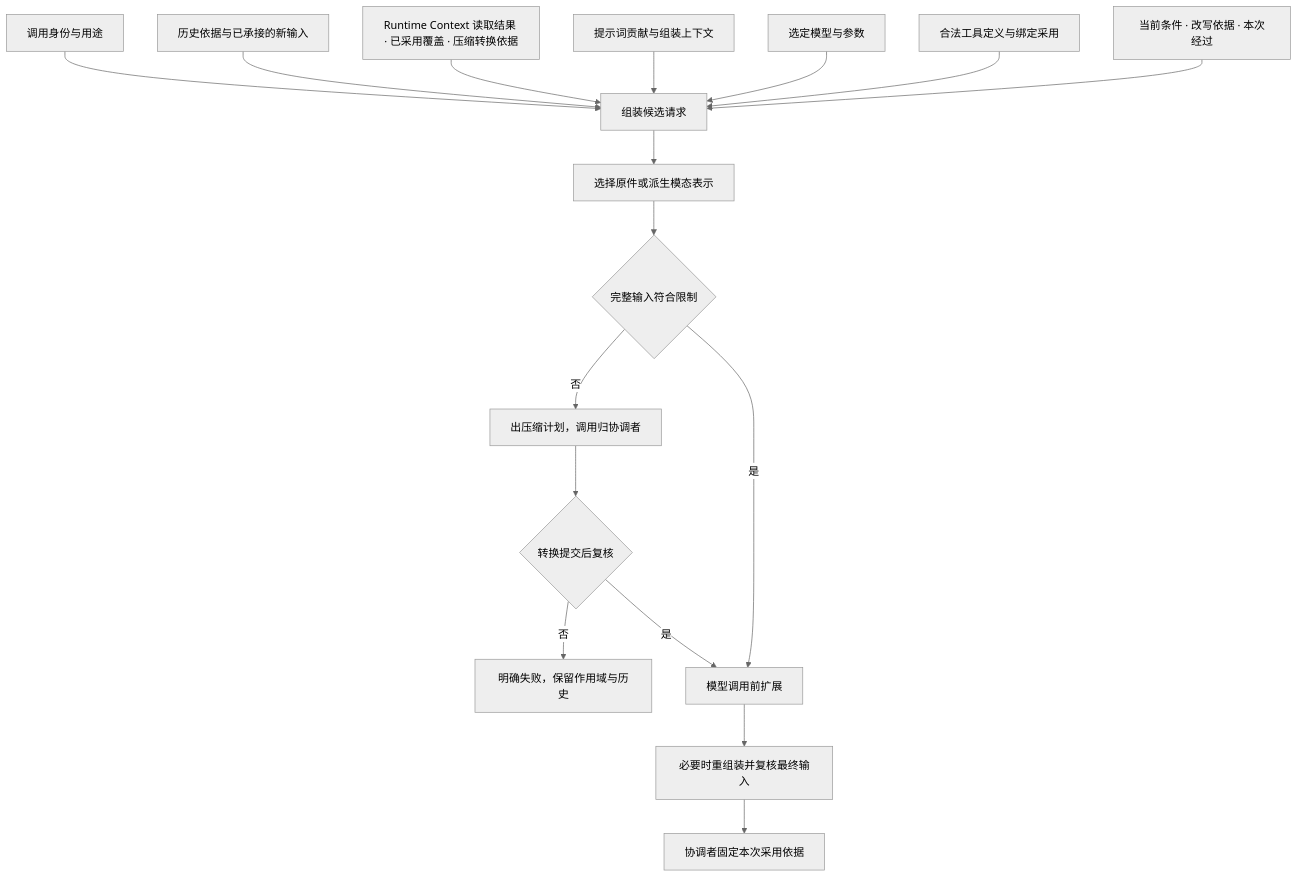
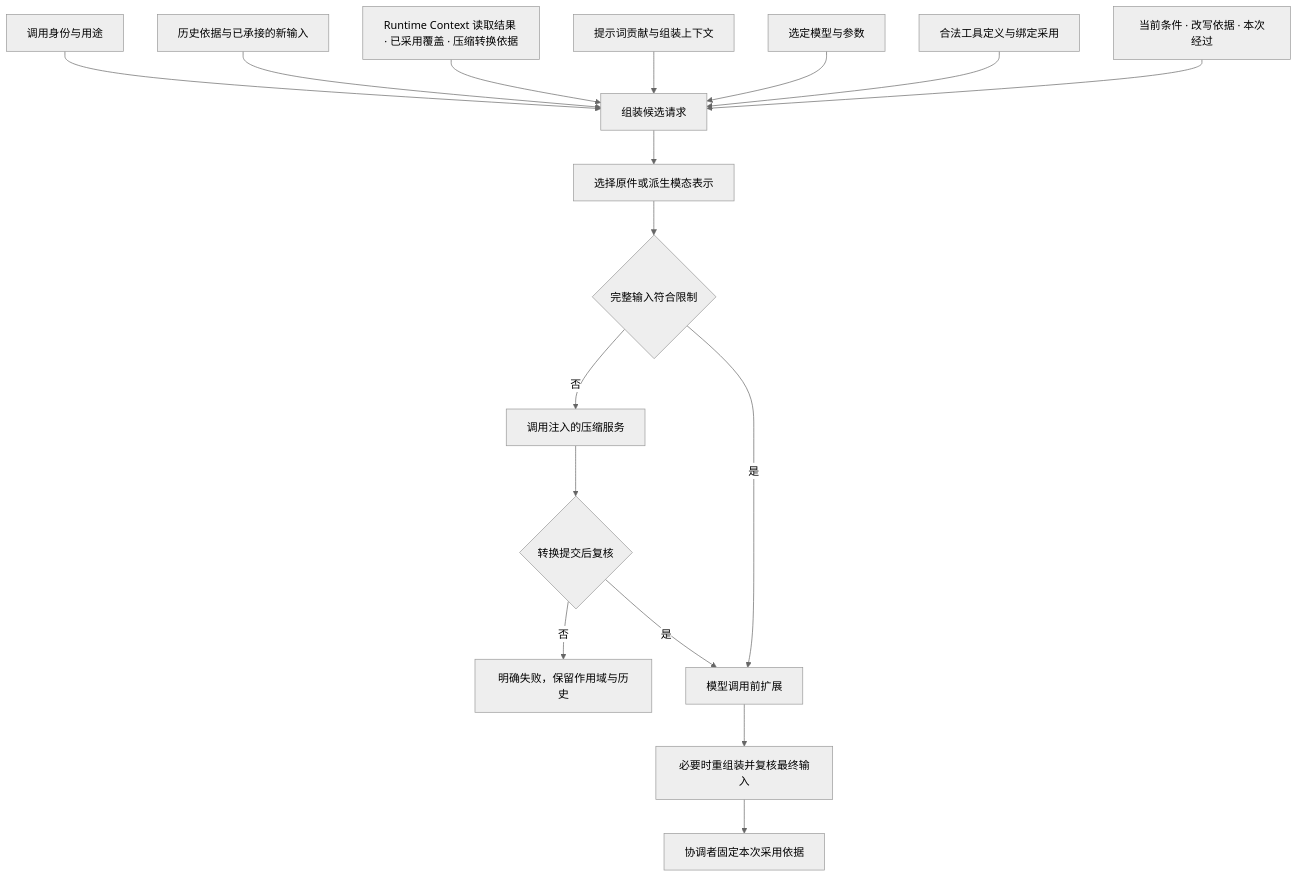
The diagram in docs/architecture/runtime/request-context.md (nemori-ai/omne-harness-lite), drawn with Mermaid (neutral theme) before and after one commit. The commit also changed other lines of this file and 49 other files, not shown here.

````diff
--- a/docs/architecture/runtime/request-context.md
+++ b/docs/architecture/runtime/request-context.md
@@ -25,19 +25,19 @@
 ```mermaid
 flowchart TD
     Who[调用身份与用途] --> Assemble[组装候选请求]
     History[历史依据与已承接的新输入] --> Assemble
     Context[Runtime Context 读取结果 · 已采用覆盖 · 压缩转换依据] --> Assemble
     Prompt[提示词贡献与组装上下文] --> Assemble
     Model[选定模型与参数] --> Assemble
     Tools[合法工具定义与绑定采用] --> Assemble
     Cond[当前条件 · 改写依据 · 本次经过] --> Assemble
     Assemble --> Render[选择原件或派生模态表示]
     Render --> Budget{完整输入符合限制}
-    Budget -->|否| Plan[出压缩计划，调用归协调者]
+    Budget -->|否| Plan[调用注入的压缩服务]
     Plan --> Check{转换提交后复核}
     Check -->|否| Fail[明确失败，保留作用域与历史]
     Check -->|是| Before[模型调用前扩展]
     Budget -->|是| Before
     Before --> Final[必要时重组装并复核最终输入]
     Final --> Freeze[协调者固定本次采用依据]
 ```
````
